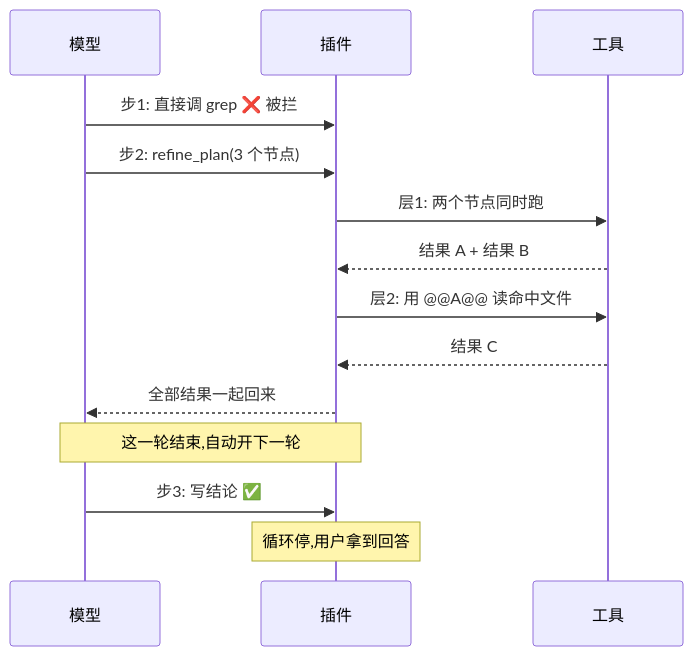
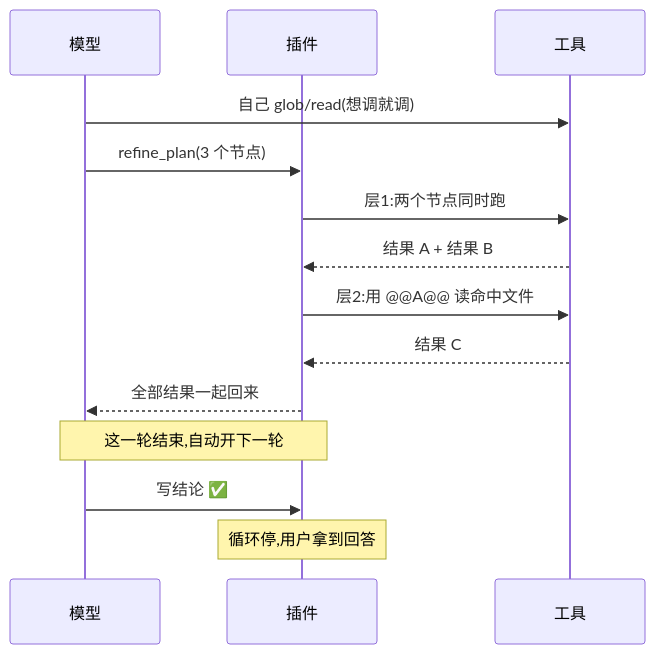
Before and after one commit to zyn19940107/dsh-conductor: the fourth of 4 diagrams in README.md, drawn with Mermaid. The commit also changed other lines of this file and 13 other files, not shown here.

Commit message:
清理:删掉闸门/图内续片/死配置,只留 refine_plan + 轮次预算;README 重写

````diff
--- a/README.md
+++ b/README.md
@@ -93,17 +80,17 @@
 ```mermaid
 sequenceDiagram
     participant M as 模型
     participant P as 插件
     participant T as 工具
 
-    M->>P: 步1: 直接调 grep ❌ 被拦
-    M->>P: 步2: refine_plan(3 个节点)
-    P->>T: 层1: 两个节点同时跑
+    M->>T: 自己 glob/read(想调就调)
+    M->>P: refine_plan(3 个节点)
+    P->>T: 层1:两个节点同时跑
     T-->>P: 结果 A + 结果 B
-    P->>T: 层2: 用 @@A@@ 读命中文件
+    P->>T: 层2:用 @@A@@ 读命中文件
     T-->>P: 结果 C
     P-->>M: 全部结果一起回来
     Note over P,M: 这一轮结束,自动开下一轮
-    M->>P: 步3: 写结论 ✅
+    M->>P: 写结论 ✅
     Note over P: 循环停,用户拿到回答
 ```
````
